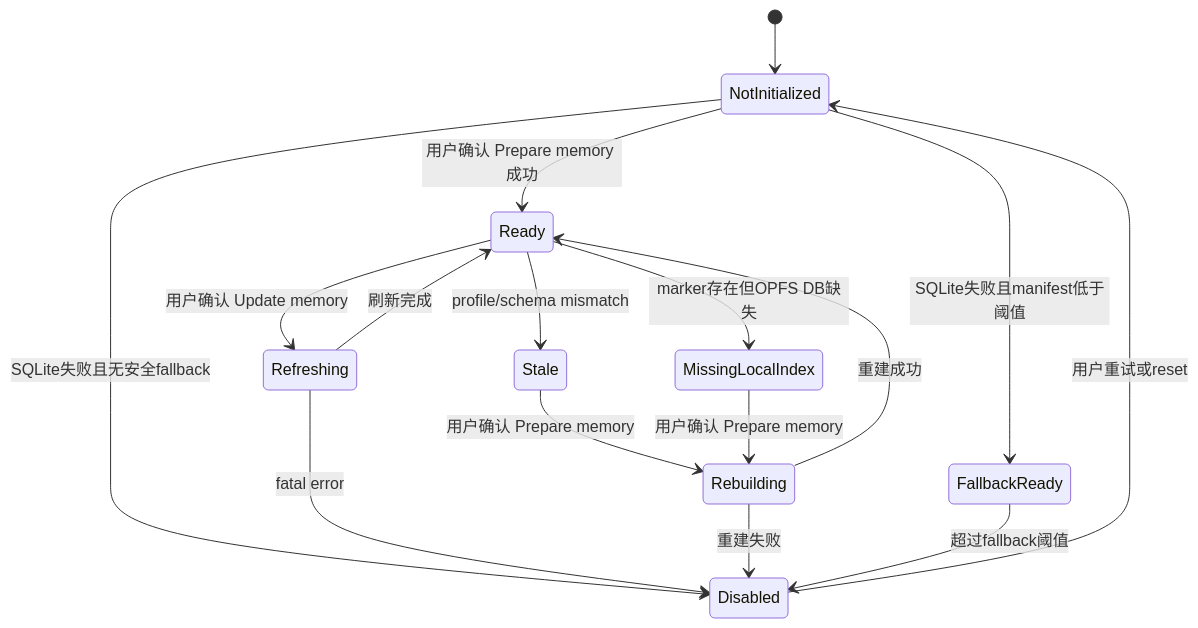
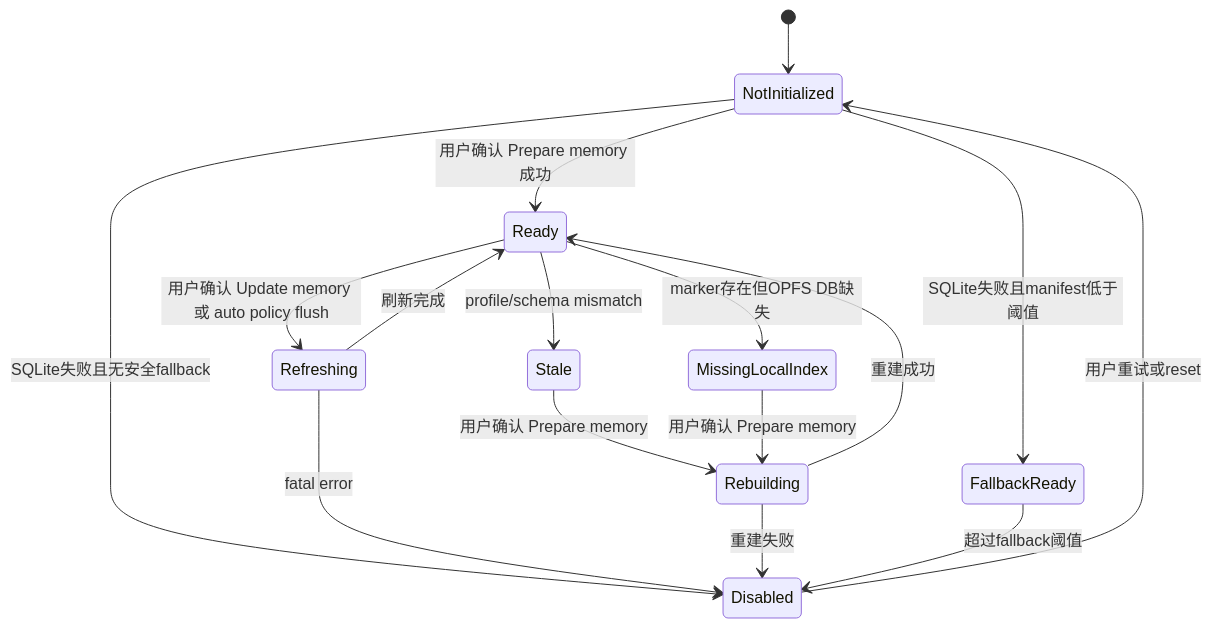
Before and after one commit to edonyzpc/personal-assistant: the fifth of 5 diagrams in docs/vss-sqlite-wasm-architecture.md, drawn with Mermaid. The commit also changed other lines of this file and 7 other files, not shown here.

````diff
--- a/docs/vss-sqlite-wasm-architecture.md
+++ b/docs/vss-sqlite-wasm-architecture.md
@@ -394,23 +431,23 @@
 ```mermaid
 stateDiagram-v2
   [*] --> NotInitialized
 
   NotInitialized --> Ready: 用户确认 Prepare memory 成功
   NotInitialized --> FallbackReady: SQLite失败且manifest低于阈值
   NotInitialized --> Disabled: SQLite失败且无安全fallback
 
   Ready --> Stale: profile/schema mismatch
   Ready --> MissingLocalIndex: marker存在但OPFS DB缺失
-  Ready --> Refreshing: 用户确认 Update memory
+  Ready --> Refreshing: 用户确认 Update memory 或 auto policy flush
 
   Refreshing --> Ready: 刷新完成
   Refreshing --> Disabled: fatal error
 
   Stale --> Rebuilding: 用户确认 Prepare memory
   MissingLocalIndex --> Rebuilding: 用户确认 Prepare memory
   Rebuilding --> Ready: 重建成功
   Rebuilding --> Disabled: 重建失败
 
   FallbackReady --> Disabled: 超过fallback阈值
   Disabled --> NotInitialized: 用户重试或reset
 ```
````
